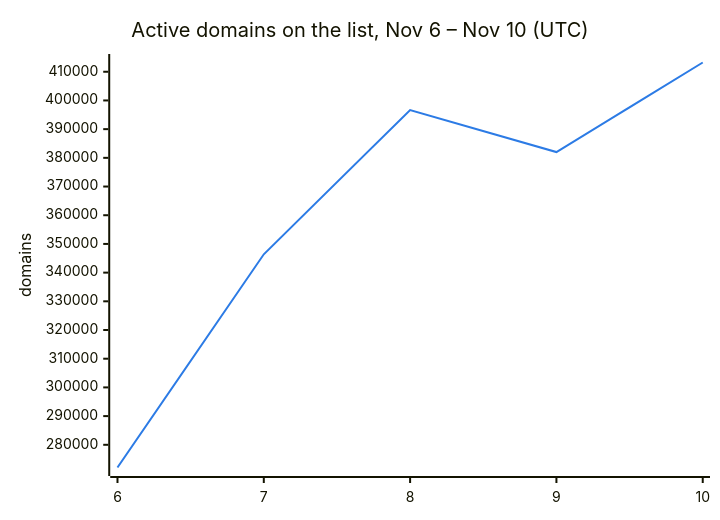
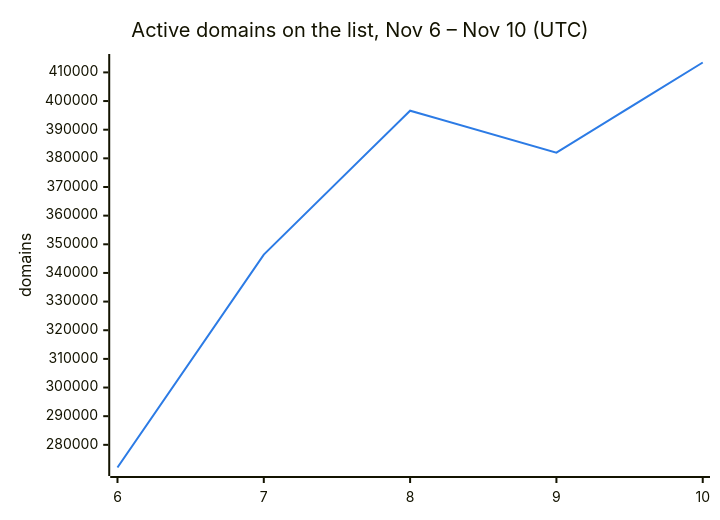
The second of 3 diagrams in README.md (DNSBunker/CTI), drawn with Mermaid before and after one commit. The commit also changed other lines of this file and 3 other files, not shown here.

````diff
--- a/README.md
+++ b/README.md
@@ -38,8 +38,8 @@
 ```mermaid
 %%{init: {"themeVariables": {"xyChart": {"plotColorPalette": "#2c7be5"}}}}%%
 xychart-beta
     title "Active domains on the list, Nov 6 – Nov 10 (UTC)"
     x-axis ["6", "7", "8", "9", "10"]
     y-axis "domains"
-    line [272088, 346388, 396638, 382009, 413224]
+    line [272088, 346388, 396638, 382009, 413455]
 ```
````
